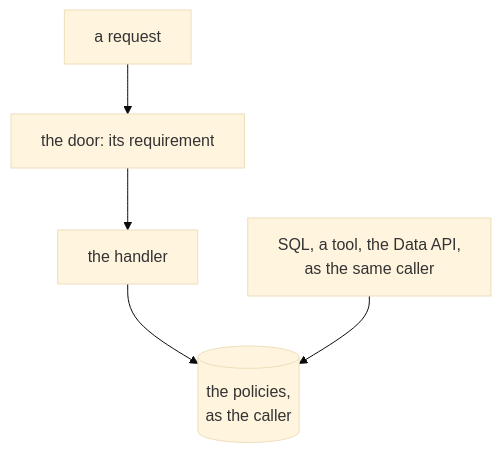
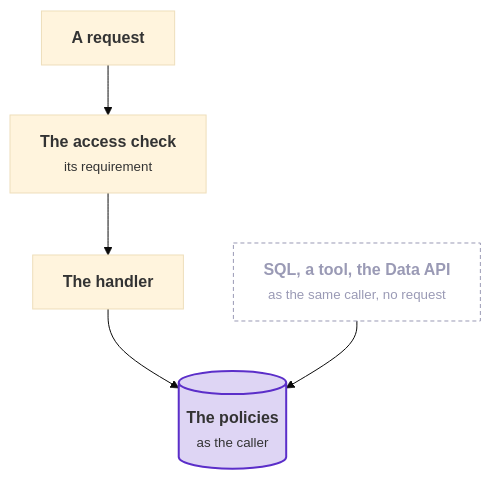
Before and after one commit to DylanSnel/DDDToolkit: the fifth of 6 diagrams in docs/how-a-request-is-checked.md, drawn with Mermaid (base theme). The commit also changed other lines of this file and 41 other files, not shown here.

First line of the commit message:
Docs: plain prose, one word per concept, and readable diagrams on every page

````diff
--- a/docs/how-a-request-is-checked.md
+++ b/docs/how-a-request-is-checked.md
@@ -809,7 +879,11 @@
 ```mermaid
 flowchart TB
-    Request["a request"] --> Door["the door: its requirement"]
-    Door --> Handler["the handler"]
-    Handler --> Policies[("the policies,<br/>as the caller")]
-    Around["SQL, a tool, the Data API,<br/>as the same caller"] --> Policies
+    Request["<b>A request</b>"] --> Checks["<b>The access check</b><br/><small>its requirement</small>"]
+    Checks --> Handler["<b>The handler</b>"]
+    Handler --> Policies[("<b>The policies</b><br/><small>as the caller</small>")]
+    Around["<b>SQL, a tool, the Data API</b><br/><small>as the same caller, no request</small>"] --> Policies
+    classDef strong fill:#5b2ec933,stroke:#5b2ec9,stroke-width:2px
+    classDef muted fill:none,stroke:#9a9ab5,stroke-dasharray:4 3,color:#9a9ab5
+    class Policies strong
+    class Around muted
 ```
````
